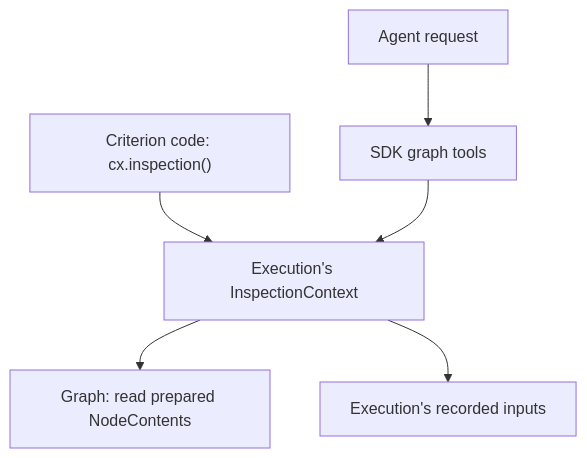
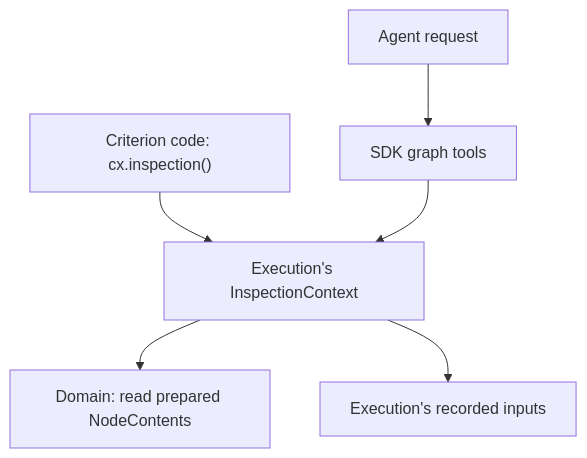
The diagram in md/requirements/sdk/graph/context-tools.md (nikomatsakis/habeas-codicem), drawn with Mermaid before and after one commit. The commit also changed other lines of this file and 11 other files, not shown here.

````diff
--- a/md/requirements/sdk/graph/context-tools.md
+++ b/md/requirements/sdk/graph/context-tools.md
@@ -77,8 +77,8 @@
 ```mermaid
 flowchart TD
     Code["Criterion code: cx.inspection()"] --> Context["Execution's InspectionContext"]
     Agent["Agent request"] --> Tools["SDK graph tools"]
     Tools --> Context
-    Context --> Graph["Graph: read prepared NodeContents"]
+    Context --> Graph["Domain: read prepared NodeContents"]
     Context --> Trace["Execution's recorded inputs"]
 ```
````
